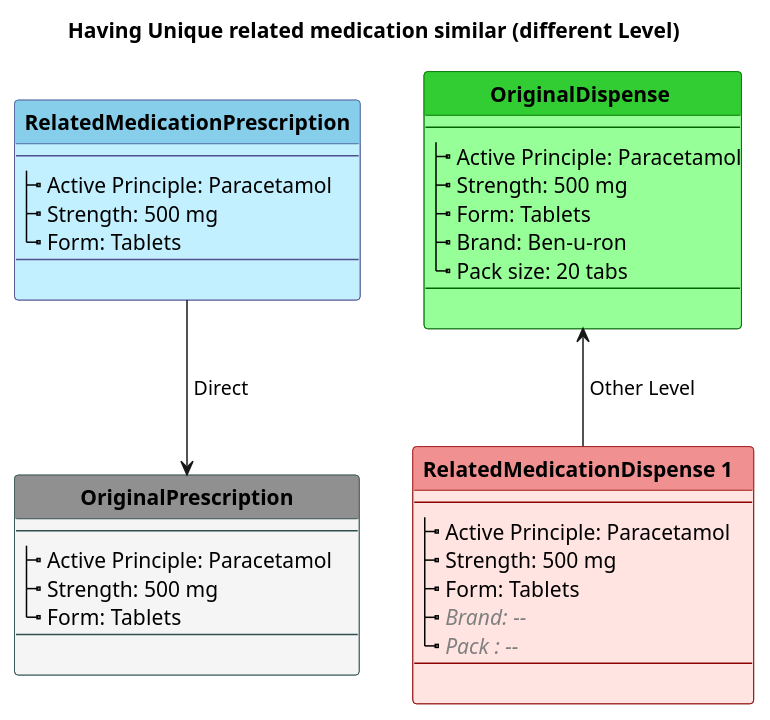
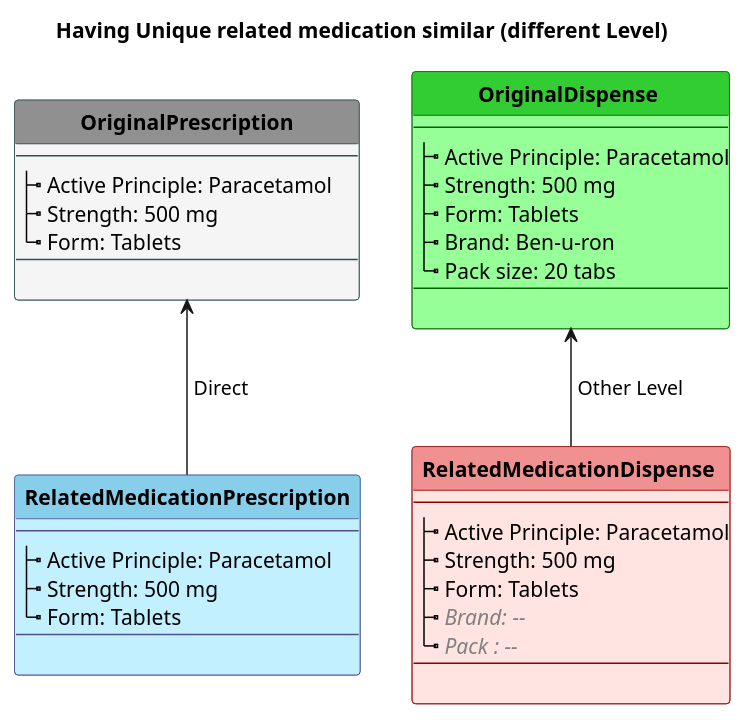
One commit to joofio/idmed changed the diagram in input/images-source/usecase1-alternative1.plantuml. Above: the diagram before and after it, drawn with PlantUML. The commit also changed 1 other file, not shown here.

```diff
--- a/input/images-source/usecase1-alternative1.plantuml
+++ b/input/images-source/usecase1-alternative1.plantuml
@@ -1,91 +1,91 @@
 @startuml
 title Having Unique related medication similar (different Level)
 hide stereotype
 hide circle
 skinparam linetype polyline
 skinparam shadowing false
 
 
 '!pragma graphviz_dot smetana
 
 skinparam class<<S>> {
  BorderColor DarkSlateGray
  BackgroundColor WhiteSmoke
  HeaderBackgroundColor #909090
 }
 
 skinparam class<<PhP>> {
  BorderColor #505090
  BackgroundColor APPLICATION
  HeaderBackgroundColor SkyBlue
 }
 
 
 
 skinparam class<<MP>> {
  BorderColor DarkGreen
  BackgroundColor PHYSICAL
  HeaderBackgroundColor LimeGreen
 }
 
 
 skinparam class<<PMP>> {
  BorderColor DarkRed
  BackgroundColor MistyRose
  HeaderBackgroundColor #f09090
 }
 
 
 
 
 
     class "**OriginalPrescription**" as S<<S>> {
       --
       |_ Active Principle: Paracetamol     
       |_ Strength: 500 mg    
       |_ Form: Tablets
       --
         
     }
 
     class " **RelatedMedicationPrescription** " as PhP<<PhP>> {
       --
       |_ Active Principle: Paracetamol
       |_ Strength: 500 mg    
       |_ Form: Tablets
       --
       
     }
 
     class " **OriginalDispense ** " as MP<<MP>>{
       --
       |_ Active Principle: Paracetamol
       |_ Strength: 500 mg    
       |_ Form: Tablets
       |_ Brand: Ben-u-ron
       |_ Pack size: 20 tabs
       --
       
     }
 
-    class " **RelatedMedicationDispense 1 **  " as PMP<<PMP>>{
+    class " **RelatedMedicationDispense**  " as PMP<<PMP>>{
       --
       |_ Active Principle: Paracetamol
       |_ Strength: 500 mg    
       |_ Form: Tablets
       |_ <color:gray>//Brand: --//
       |_ <color:gray>//Pack : -- //
       --
      
     }
 
 
 
 
-  S <-u- PhP: " Direct"
+  S <-d- PhP: " Direct"
   
   MP <-d- PMP: " Other Level"
 
 
 
 @enduml
```
